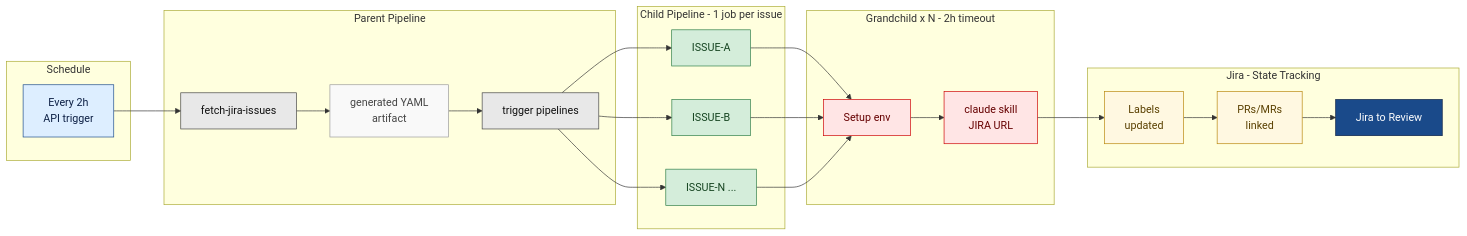
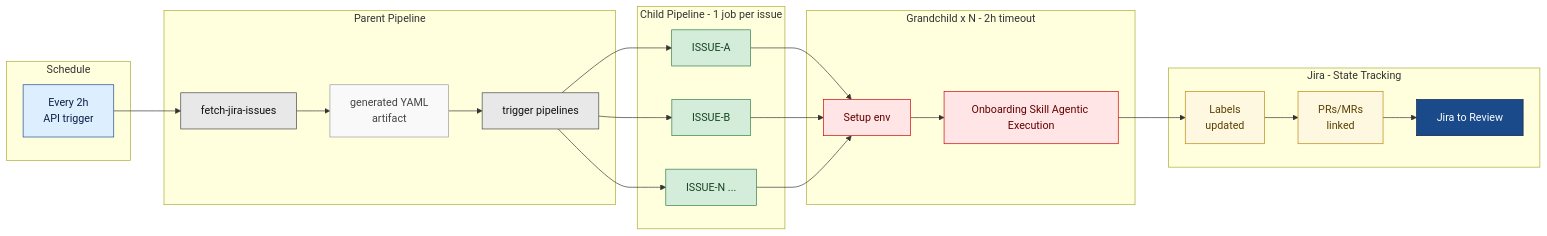
The third of 3 diagrams in docs/rfds/odh-component-onboarding/flow-diagrams-lr.md (opendatahub-io/aiops-infra), drawn with Mermaid before and after one commit.

Commit message:
updating fixes

````diff
--- a/docs/rfds/odh-component-onboarding/flow-diagrams-lr.md
+++ b/docs/rfds/odh-component-onboarding/flow-diagrams-lr.md
@@ -92,49 +92,49 @@
 ```mermaid
 flowchart LR
     classDef schedNode  fill:#DDEEFF,stroke:#1A4A8A,color:#0d2045
     classDef parentNode fill:#E8E8E8,stroke:#444444,color:#111111
     classDef artifact   fill:#F9F9F9,stroke:#999999,color:#444444
     classDef childNode  fill:#D4EDDA,stroke:#2D7D46,color:#154420
     classDef grandNode  fill:#FFE5E5,stroke:#CC0000,color:#660000
     classDef jiraNode   fill:#FFF8E1,stroke:#B8860B,color:#5a4000
     classDef done       fill:#1A4A8A,stroke:#0d2045,color:#FFFFFF
 
     subgraph SCHED[Schedule]
         SC[Every 2h<br>API trigger]:::schedNode
     end
 
     subgraph PARENT[Parent Pipeline]
         P1[fetch-jira-issues]:::parentNode
         P2[generated YAML<br>artifact]:::artifact
         P3[trigger pipelines]:::parentNode
         P1 --> P2 --> P3
     end
 
     subgraph CHILD[Child Pipeline - 1 job per issue]
         C1[ISSUE-A]:::childNode
         C2[ISSUE-B]:::childNode
         C3[ISSUE-N ...]:::childNode
     end
 
     subgraph GRAND[Grandchild x N - 2h timeout]
         G1[Setup env]:::grandNode
-        G2[claude skill<br>JIRA URL]:::grandNode
+        G2[Onboarding Skill Agentic Execution]:::grandNode
         G1 --> G2
     end
 
     subgraph JIRA[Jira - State Tracking]
         J1[Labels<br>updated]:::jiraNode
         J2[PRs/MRs<br>linked]:::jiraNode
         J3[Jira to Review]:::done
         J1 --> J2 --> J3
     end
 
     SC --> P1
     P3 --> C1
     P3 --> C2
     P3 --> C3
     C1 --> G1
     C2 --> G1
     C3 --> G1
     G2 --> J1
 ```
````
